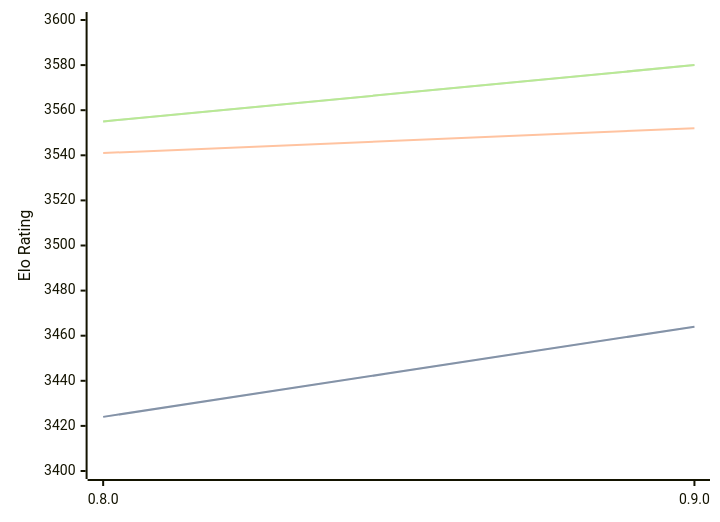
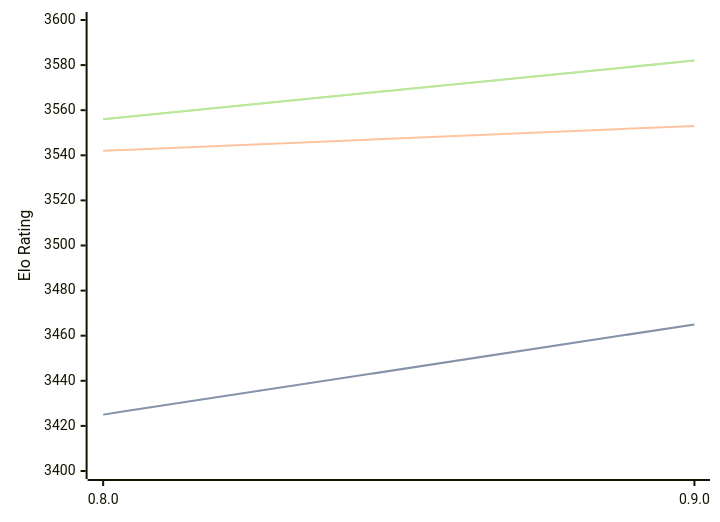
The diagram in engines/Reckless.md (computer-chess-index/cci), drawn with Mermaid before and after one commit. The commit also changed other lines of this file, not shown here.

Commit message:
Update CCI Ratings (ELO VLTC) - 2026-06-11

````diff
--- a/engines/Reckless.md
+++ b/engines/Reckless.md
@@ -39,11 +39,11 @@
 ```mermaid
 %%{init: {"theme":"base","themeVariables":{"seriesColors:['#a3a3a3','#222221','#faa371']}}}%%
 xychart-beta
   x-axis ["0.8.0", "0.9.0"]
   y-axis "Elo Rating" 3400 --> 3600
-  line "STC (8.0+0.08s)" [3424, 3464]
-  line "STC (8.0+0.08s)" [3424, 3464]
-  line "LTC (60.0+0.60s)" [3541, 3552]
-  line "VLTC (2m24s+1.12s)" [3555, 3580]
-  line "VLTC (2m24s+1.12s)" [3555, 3580]
+  line "STC (8.0+0.08s)" [3425, 3465]
+  line "STC (8.0+0.08s)" [3425, 3465]
+  line "LTC (60.0+0.60s)" [3542, 3553]
+  line "VLTC (2m24s+1.12s)" [3556, 3582]
+  line "VLTC (2m24s+1.12s)" [3556, 3582]
 ```
````
